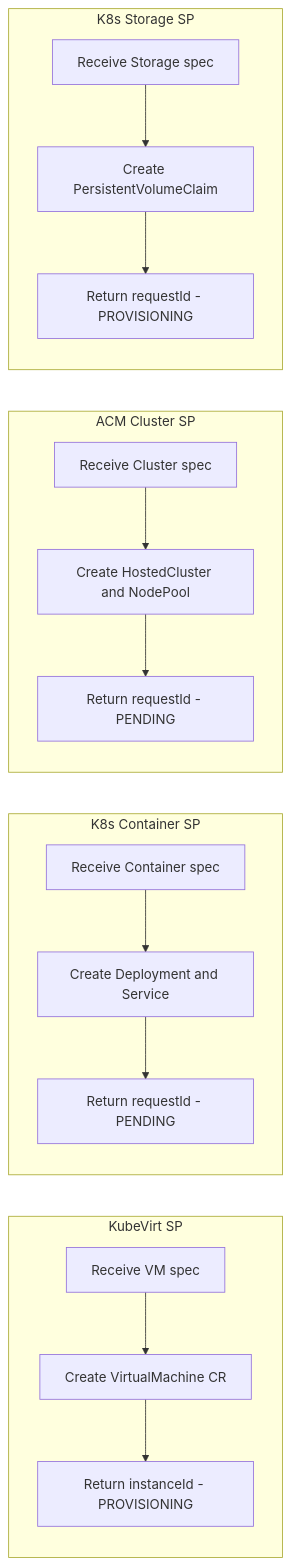
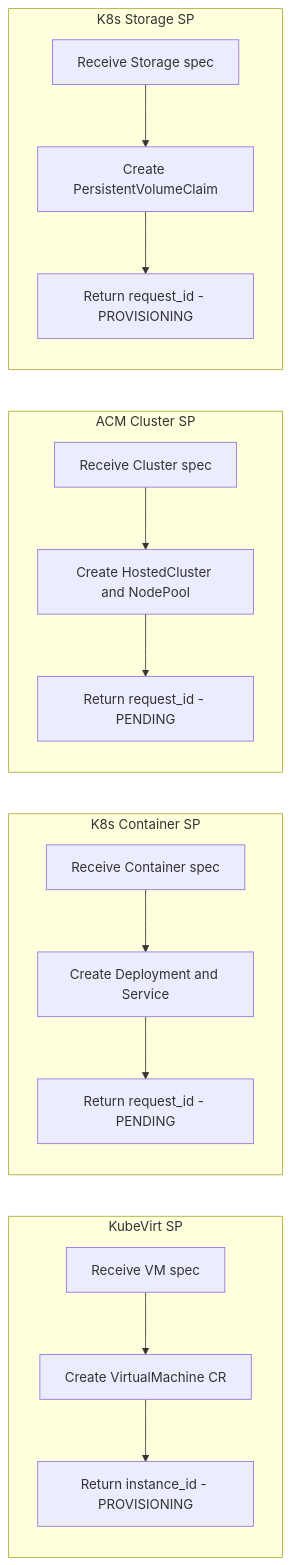
One commit to dcm-project/enhancements changed diagram 17 of 23 in enhancements/user-flows/user-flows.md. Above: the diagram before and after it, drawn with Mermaid. The commit also changed other lines of this file and 19 other files, not shown here.

````diff
--- a/enhancements/user-flows/user-flows.md
+++ b/enhancements/user-flows/user-flows.md
@@ -982,22 +982,22 @@
 ```mermaid
 flowchart LR
     subgraph KubeVirtSP[KubeVirt SP]
         A1[Receive VM spec] --> A2[Create VirtualMachine CR]
-        A2 --> A3[Return instanceId - PROVISIONING]
+        A2 --> A3[Return instance_id - PROVISIONING]
     end
 
     subgraph K8sContainerSP[K8s Container SP]
         B1[Receive Container spec] --> B2[Create Deployment and Service]
-        B2 --> B3[Return requestId - PENDING]
+        B2 --> B3[Return request_id - PENDING]
     end
 
     subgraph ACMClusterSP[ACM Cluster SP]
         C1[Receive Cluster spec] --> C2[Create HostedCluster and NodePool]
-        C2 --> C3[Return requestId - PENDING]
+        C2 --> C3[Return request_id - PENDING]
     end
 
     subgraph K8sStorageSP[K8s Storage SP]
         D1[Receive Storage spec] --> D2[Create PersistentVolumeClaim]
-        D2 --> D3[Return requestId - PROVISIONING]
+        D2 --> D3[Return request_id - PROVISIONING]
     end
 ```
````
